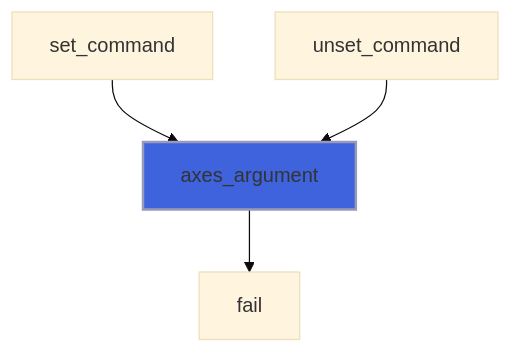
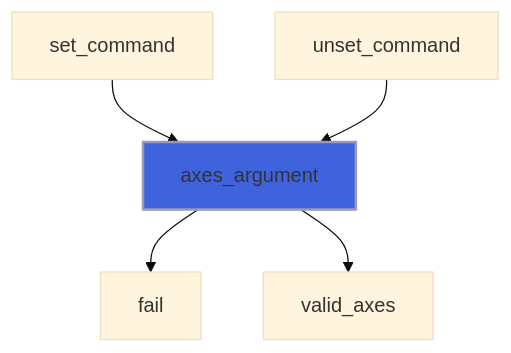
One commit to szaghi/foresight changed diagram 16 of 35 in docs/api/src/lib/foresight_script.md. Above: the diagram before and after it, drawn with Mermaid (base theme). The commit also changed other lines of this file and 97 other files, not shown here.

````diff
--- a/docs/api/src/lib/foresight_script.md
+++ b/docs/api/src/lib/foresight_script.md
@@ -597,7 +643,8 @@
 ```mermaid
 flowchart TD
   set_command["set_command"] --> axes_argument["axes_argument"]
   unset_command["unset_command"] --> axes_argument["axes_argument"]
   axes_argument["axes_argument"] --> fail["fail"]
+  axes_argument["axes_argument"] --> valid_axes["valid_axes"]
   style axes_argument fill:#3e63dd,stroke:#99b,stroke-width:2px
 ```
````
